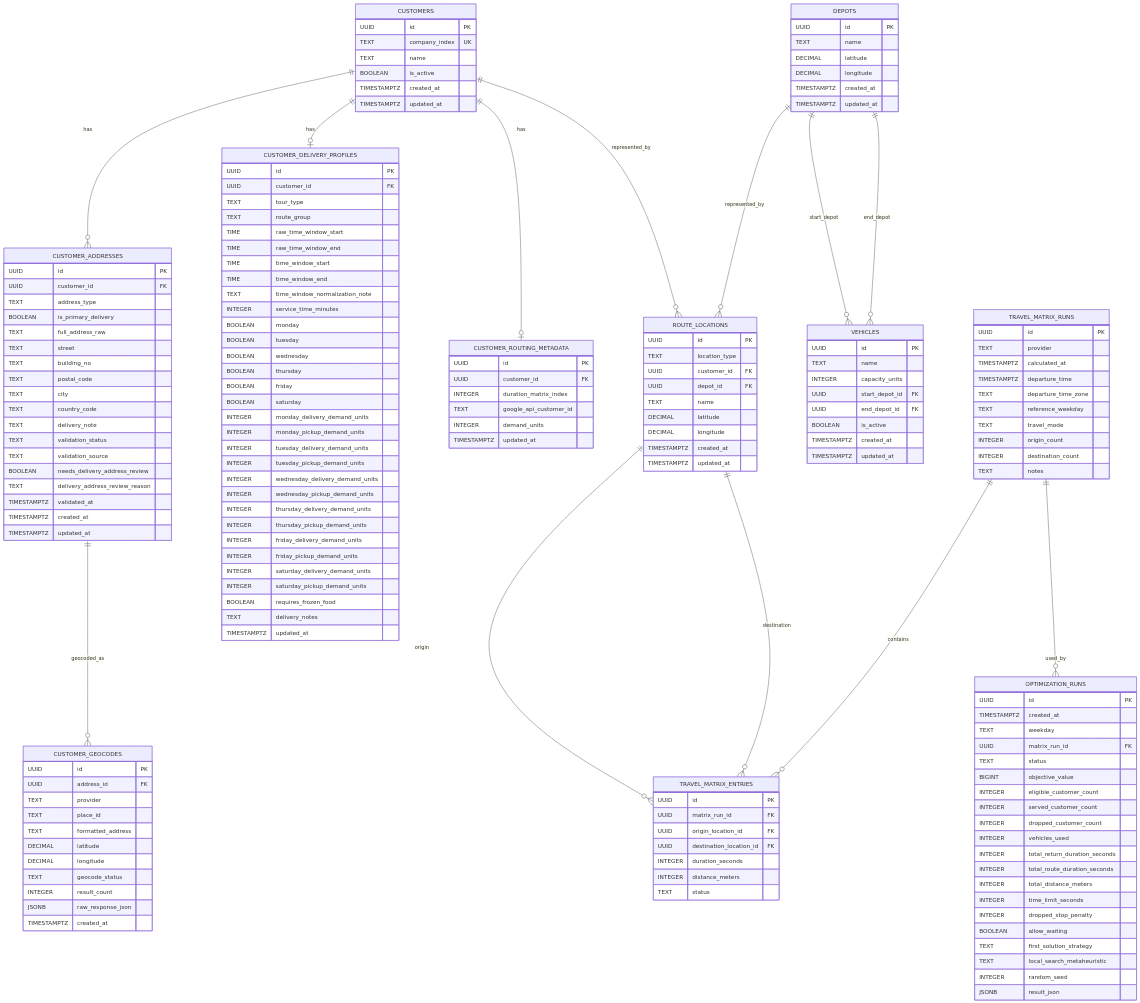
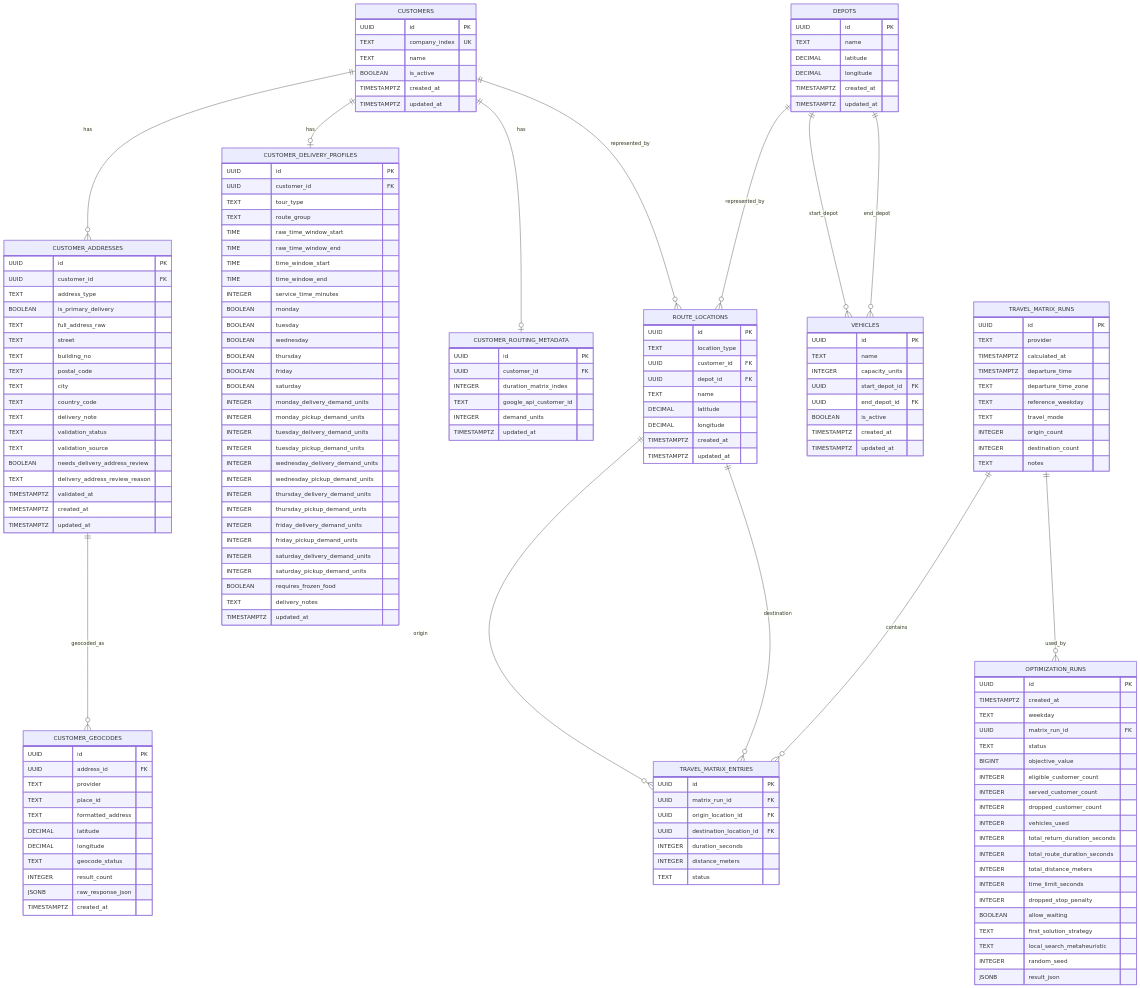
Before and after one commit to Svenson-Maximus/RouteOptimizationApp: the fifth of 5 diagrams in docs/diagrams/uml-and-er-mermaid.md, drawn with Mermaid. The commit also changed 7 other files, not shown here.

Commit message:
Remove time window note from customer model

```diff
--- a/docs/diagrams/uml-and-er-mermaid.md
+++ b/docs/diagrams/uml-and-er-mermaid.md
@@ -286,7 +286,6 @@
         TIME raw_time_window_end
         TIME time_window_start
         TIME time_window_end
-        TEXT time_window_normalization_note
         INTEGER service_time_minutes
         BOOLEAN monday
         BOOLEAN tuesday
```
